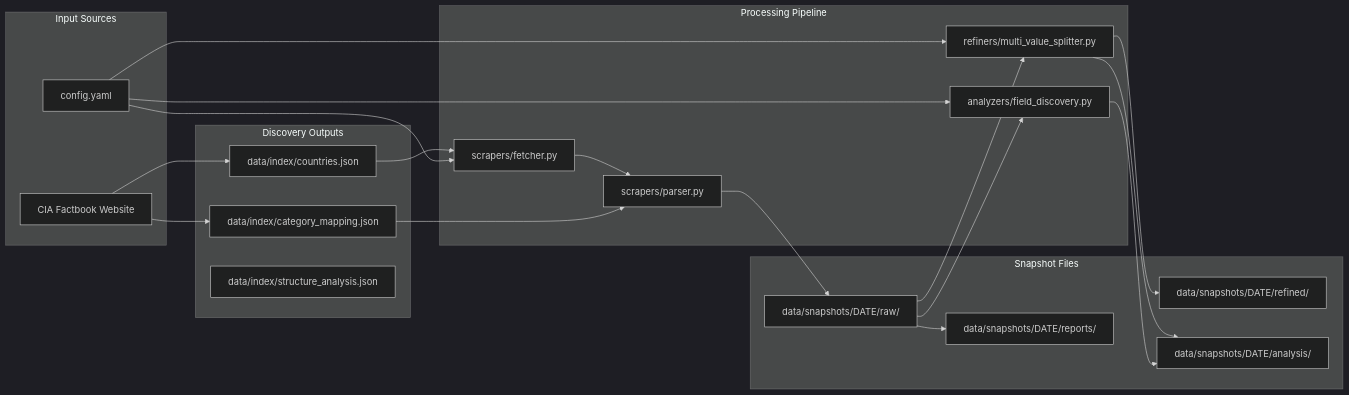
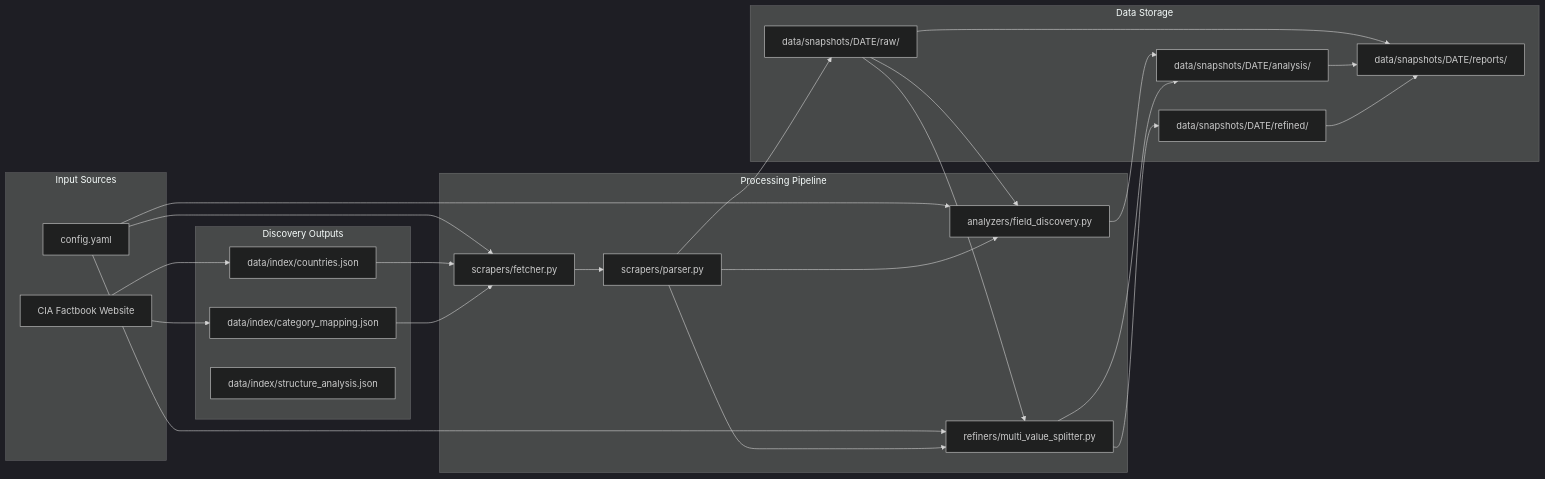
One commit to StanleyKubic/factbook_scraper changed the second of 2 diagrams in README.md. Above: the diagram before and after it, drawn with Mermaid (dark theme). The commit also changed other lines of this file and 4 other files, not shown here.

````diff
--- a/README.md
+++ b/README.md
@@ -57,48 +57,52 @@
 ```mermaid
 graph LR
     subgraph "Input Sources"
         WEB[CIA Factbook Website]
         CONFIG[config.yaml]
     end
     
     subgraph "Discovery Outputs"
         COUNTRIES[data/index/countries.json]
         CATEGORIES[data/index/category_mapping.json]
         STRUCTURE[data/index/structure_analysis.json]
     end
     
     subgraph "Processing Pipeline"
         FETCHER[scrapers/fetcher.py]
         PARSER[scrapers/parser.py]
         ANALYZER[analyzers/field_discovery.py]
         REFINER[refiners/multi_value_splitter.py]
     end
     
-    subgraph "Snapshot Files"
+    subgraph "Data Storage"
         RAW[data/snapshots/DATE/raw/]
         REFINED[data/snapshots/DATE/refined/]
         ANALYSIS[data/snapshots/DATE/analysis/]
         REPORTS[data/snapshots/DATE/reports/]
     end
     
     WEB --> COUNTRIES
     WEB --> CATEGORIES
     CONFIG --> FETCHER
     CONFIG --> ANALYZER
     CONFIG --> REFINER
     
     COUNTRIES --> FETCHER
-    CATEGORIES --> PARSER
+    CATEGORIES --> FETCHER
     
     FETCHER --> PARSER
     PARSER --> RAW
+    PARSER --> ANALYZER
+    PARSER --> REFINER
     
     RAW --> ANALYZER
+    RAW --> REFINER
+    
     ANALYZER --> ANALYSIS
-    
-    RAW --> REFINER
     REFINER --> REFINED
     REFINER --> ANALYSIS
     
     RAW --> REPORTS
+    ANALYSIS --> REPORTS
+    REFINED --> REPORTS
 ```
````
